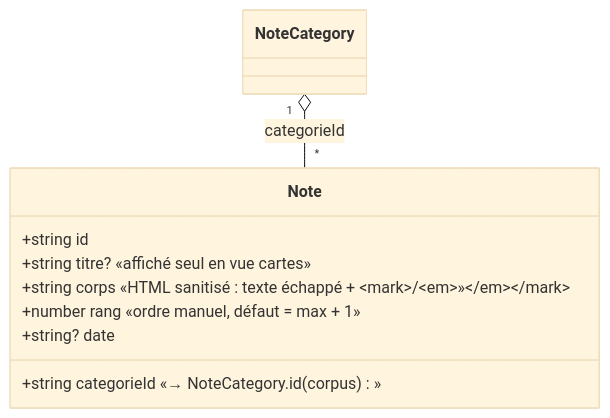
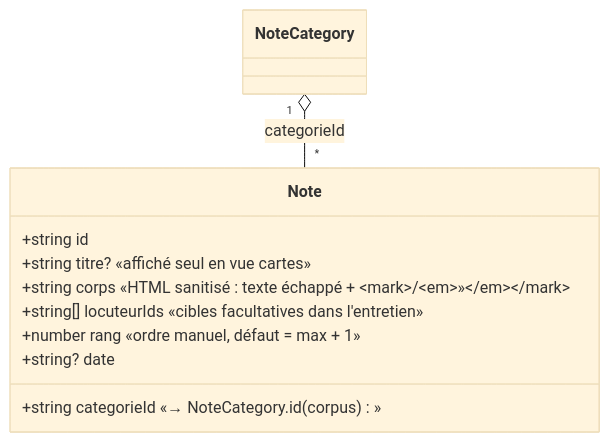
One commit to AlxAlbr/SonalPi changed the ninth of 9 diagrams in docs/dev/modele-objet.md. Above: the diagram before and after it, drawn with Mermaid (base theme). The commit also changed other lines of this file and 31 other files, not shown here.

````diff
--- a/docs/dev/modele-objet.md
+++ b/docs/dev/modele-objet.md
@@ -547,12 +548,13 @@
 ```mermaid
 classDiagram
     class Note {
         +string id
         +string categorieId «→ NoteCategory.id (corpus)»
         +string titre? «affiché seul en vue cartes»
         +string corps «HTML sanitisé : texte échappé + <mark>/<em>»
+        +string[] locuteurIds «cibles facultatives dans l'entretien»
         +number rang «ordre manuel, défaut = max + 1»
         +string? date
     }
     NoteCategory "1" o-- "*" Note : categorieId
 ```
````
